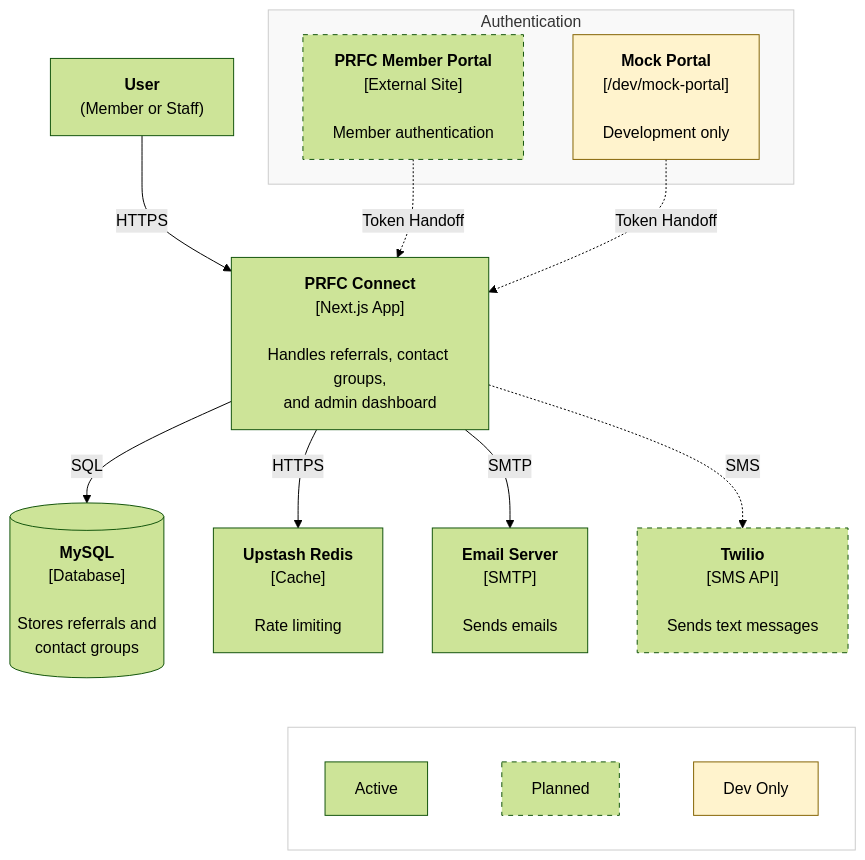
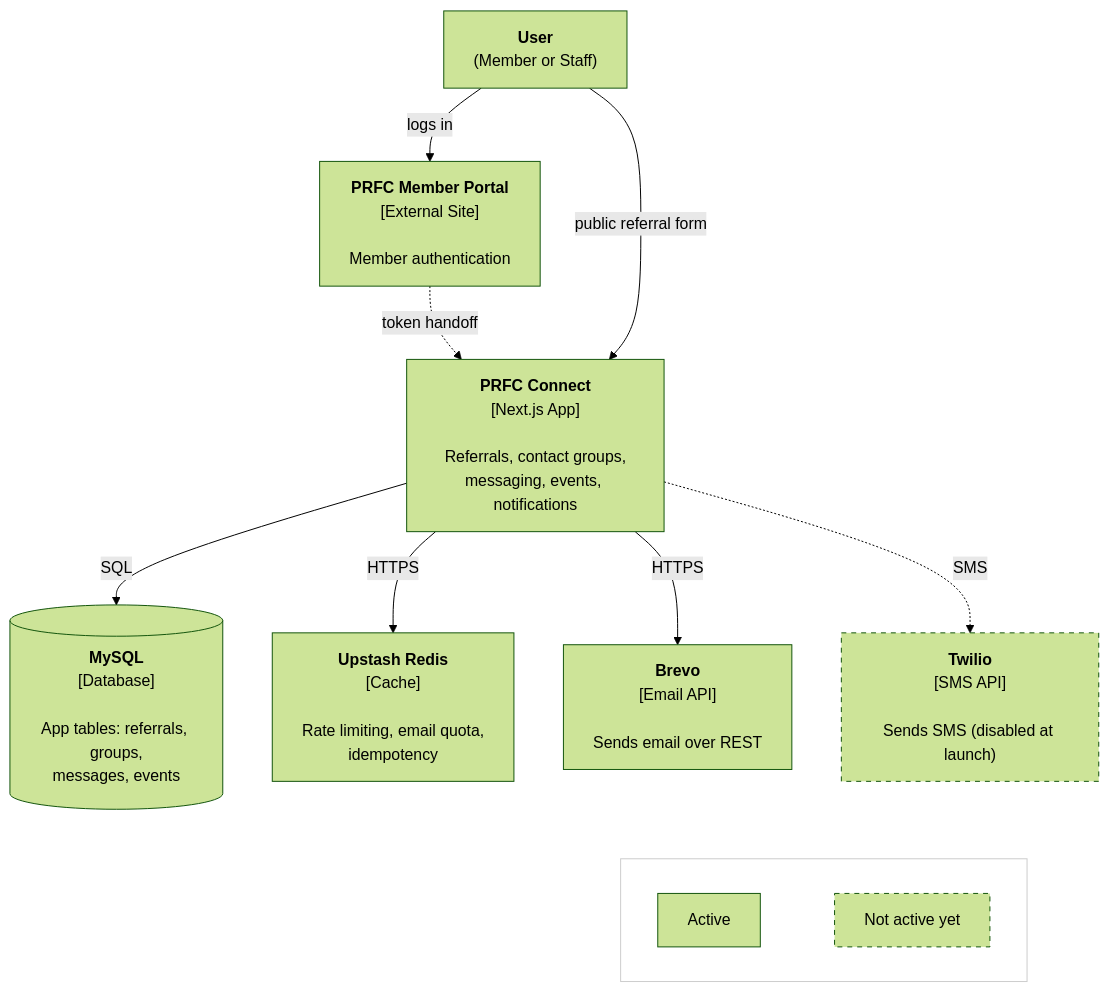
The diagram in docs/figures/architecture.mmd (hack4impact-calpoly/prfc-connect), drawn with Mermaid (forest theme) before and after one commit. The commit also changed 20 other files, not shown here.

```diff
--- a/docs/figures/architecture.mmd
+++ b/docs/figures/architecture.mmd
@@ -1,44 +1,36 @@
 flowchart TB
     User["<b>User</b><br/>(Member or Staff)"]
 
-    subgraph Auth["Authentication"]
-        Portal["<b>PRFC Member Portal</b><br/>[External Site]<br/><br/>Member authentication"]
-        MockPortal["<b>Mock Portal</b><br/>[/dev/mock-portal]<br/><br/>Development only"]
-    end
+    Portal["<b>PRFC Member Portal</b><br/>[External Site]<br/><br/>Member authentication"]
 
-    App["<b>PRFC Connect</b><br/>[Next.js App]<br/><br/>Handles referrals, contact groups,<br/>and admin dashboard"]
+    App["<b>PRFC Connect</b><br/>[Next.js App]<br/><br/>Referrals, contact groups,<br/>messaging, events, notifications"]
 
-    MySQL[("<b>MySQL</b><br/>[Database]<br/><br/>Stores referrals and<br/>contact groups")]
+    MySQL[("<b>MySQL</b><br/>[Database]<br/><br/>App tables: referrals, groups,<br/>messages, events")]
 
-    Redis["<b>Upstash Redis</b><br/>[Cache]<br/><br/>Rate limiting"]
+    Redis["<b>Upstash Redis</b><br/>[Cache]<br/><br/>Rate limiting, email quota,<br/>idempotency"]
 
-    Email["<b>Email Server</b><br/>[SMTP]<br/><br/>Sends emails"]
+    Brevo["<b>Brevo</b><br/>[Email API]<br/><br/>Sends email over REST"]
 
-    Twilio["<b>Twilio</b><br/>[SMS API]<br/><br/>Sends text messages"]
+    Twilio["<b>Twilio</b><br/>[SMS API]<br/><br/>Sends SMS (disabled at launch)"]
 
-    User -->|HTTPS| App
-    Portal -.->|Token Handoff| App
-    MockPortal -.->|Token Handoff| App
+    User -->|logs in| Portal
+    Portal -.->|token handoff| App
+    User -->|public referral form| App
     App -->|SQL| MySQL
     App -->|HTTPS| Redis
-    App -->|SMTP| Email
+    App -->|HTTPS| Brevo
     App -.->|SMS| Twilio
 
-    Email ~~~ Legend
+    Brevo ~~~ Legend
     Twilio ~~~ Legend
 
     subgraph Legend[" "]
         direction LR
         L1["Active"]
-        L2["Planned"]
-        L3["Dev Only"]
-        L1 ~~~ L2 ~~~ L3
+        L2["Not active yet"]
+        L1 ~~~ L2
     end
 
-    style Portal stroke-dasharray: 5 5
     style Twilio stroke-dasharray: 5 5
-    style Auth fill:#f9f9f9,stroke:#ccc
-    style MockPortal fill:#fff3cd,stroke:#856404
     style L2 stroke-dasharray: 5 5
-    style L3 fill:#fff3cd,stroke:#856404
     style Legend fill:none,stroke:#ccc
```
